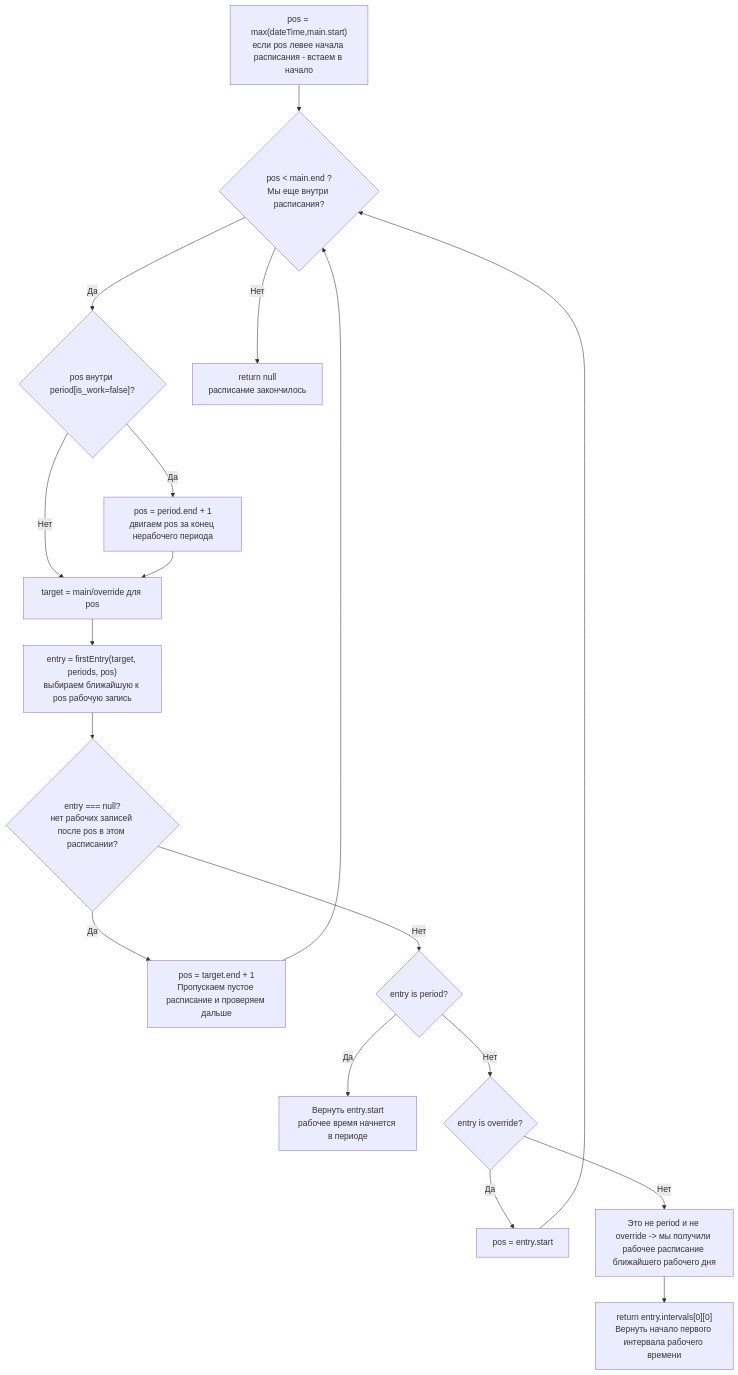
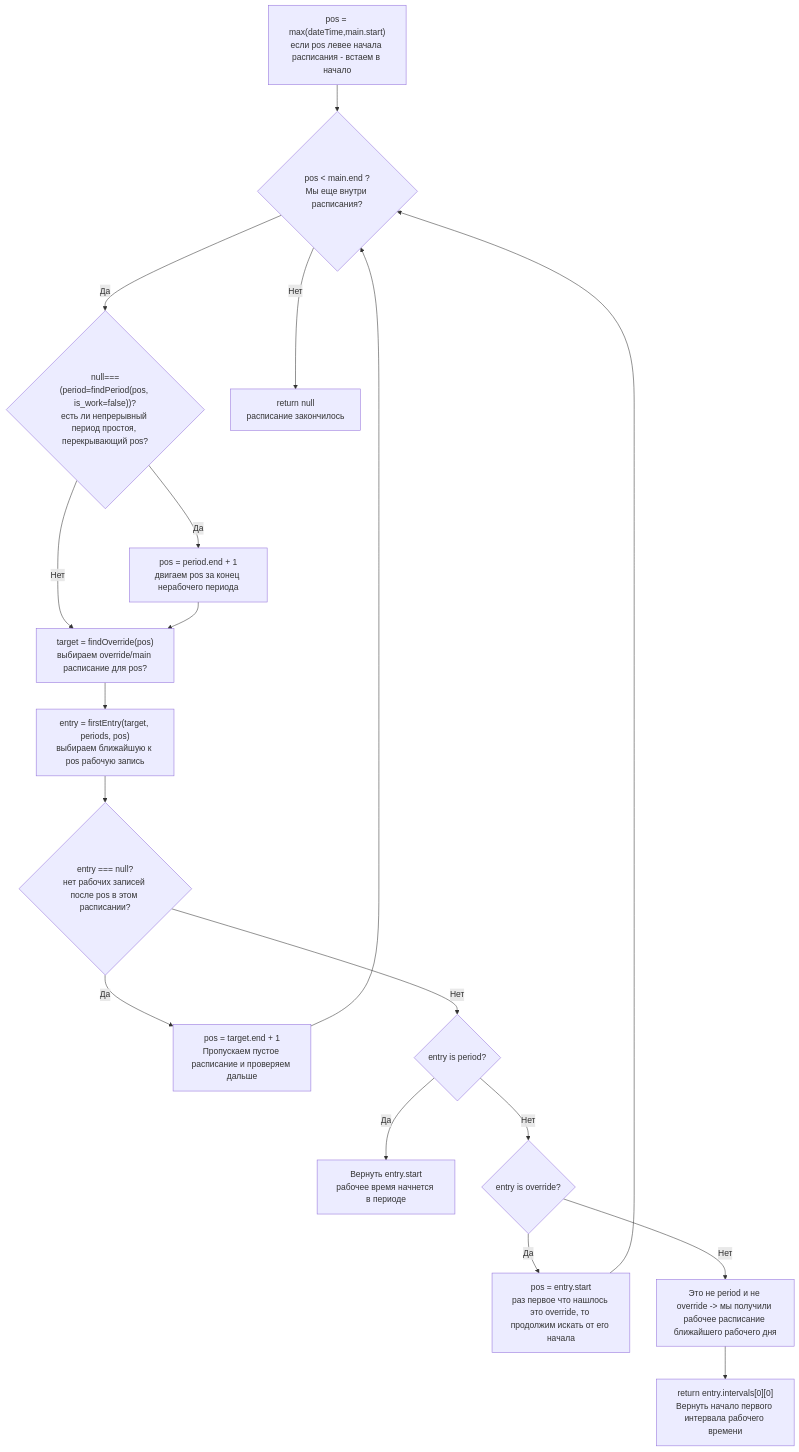
Before and after one commit to spo0okie/arms_inventory: the sixth of 10 diagrams in modules/schedules/plans/compile.md, drawn with Mermaid. The commit also changed other lines of this file and 1 other file, not shown here.

````diff
--- a/modules/schedules/plans/compile.md
+++ b/modules/schedules/plans/compile.md
@@ -223,20 +258,20 @@
 ```mermaid
 flowchart TD
     A["pos = max(dateTime,main.start)<br/>если pos левее начала расписания - встаем в начало"] --> B{"pos < main.end ?<br/>Мы еще внутри расписания?"}
-    B --> |Да| D{"pos внутри period[is_work=false]?"}
+    B --> |Да| D{"null===(period=findPeriod(pos, is_work=false))?<br/>есть ли непрерывный период простоя, перекрывающий pos?"}
     B --> |Нет| C[return null<br/>расписание закончилось]
     D --> |Да| E["pos = period.end + 1"<br/>двигаем pos за конец нерабочего периода]
-    D --> |Нет| F["target = main/override для pos"]
+    D --> |Нет| F["target = findOverride(pos)<br/>выбираем override/main расписание для pos?"]
     
     E --> F
     
     F --> G["entry = firstEntry(target, periods, pos)<br/>выбираем ближайшую к pos рабочую запись"]
     G --> H{"entry === null?<br/>нет рабочих записей после pos в этом расписании?"}
     H -->|Да| I["pos = target.end + 1<br/>Пропускаем пустое расписание и проверяем дальше"] --> B
     H -->|Нет| J{"entry is period?"}
     J -->|Да| K["Вернуть entry.start<br/>рабочее время начнется в периоде"]
     J -->|Нет| L{"entry is override?"}
-    L -->|Да| M["pos = entry.start"] --> B
+    L -->|Да| M["pos = entry.start<br>раз первое что нашлось это override, то продолжим искать от его начала"] --> B
     L -->|Нет| N["Это не period и не override -> мы получили рабочее расписание ближайшего рабочего дня"]
     N --> O["return entry.intervals[0][0]<br/>Вернуть начало первого интервала рабочего времени"]
 ```
````
